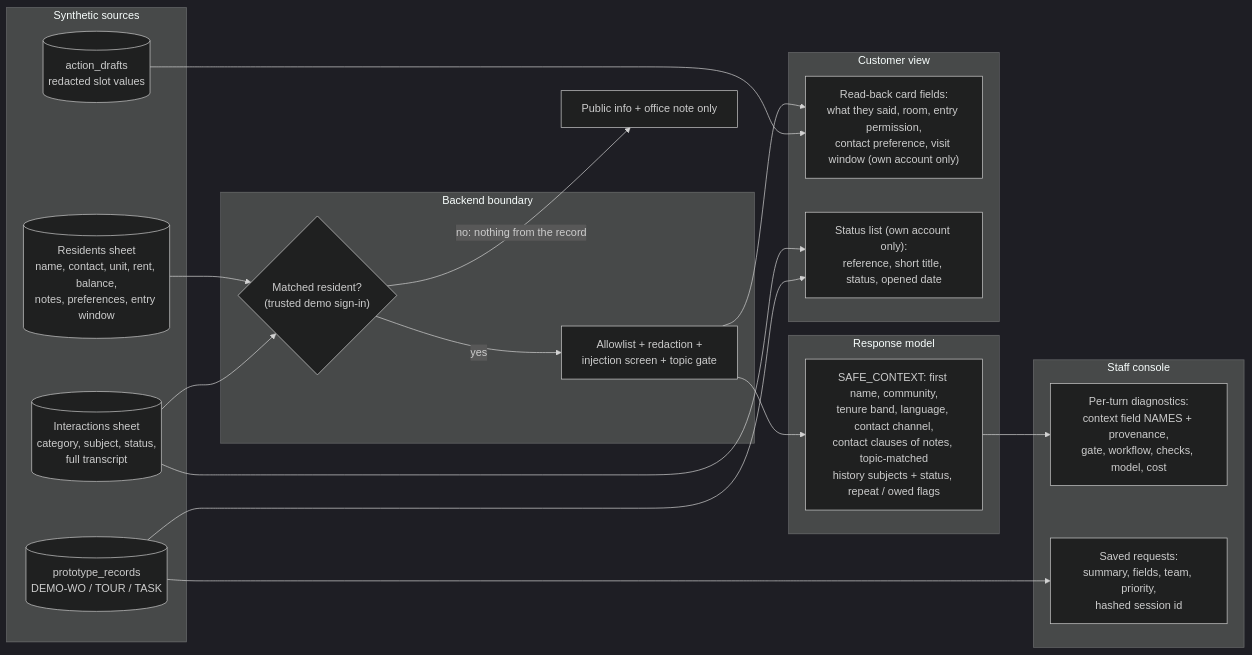
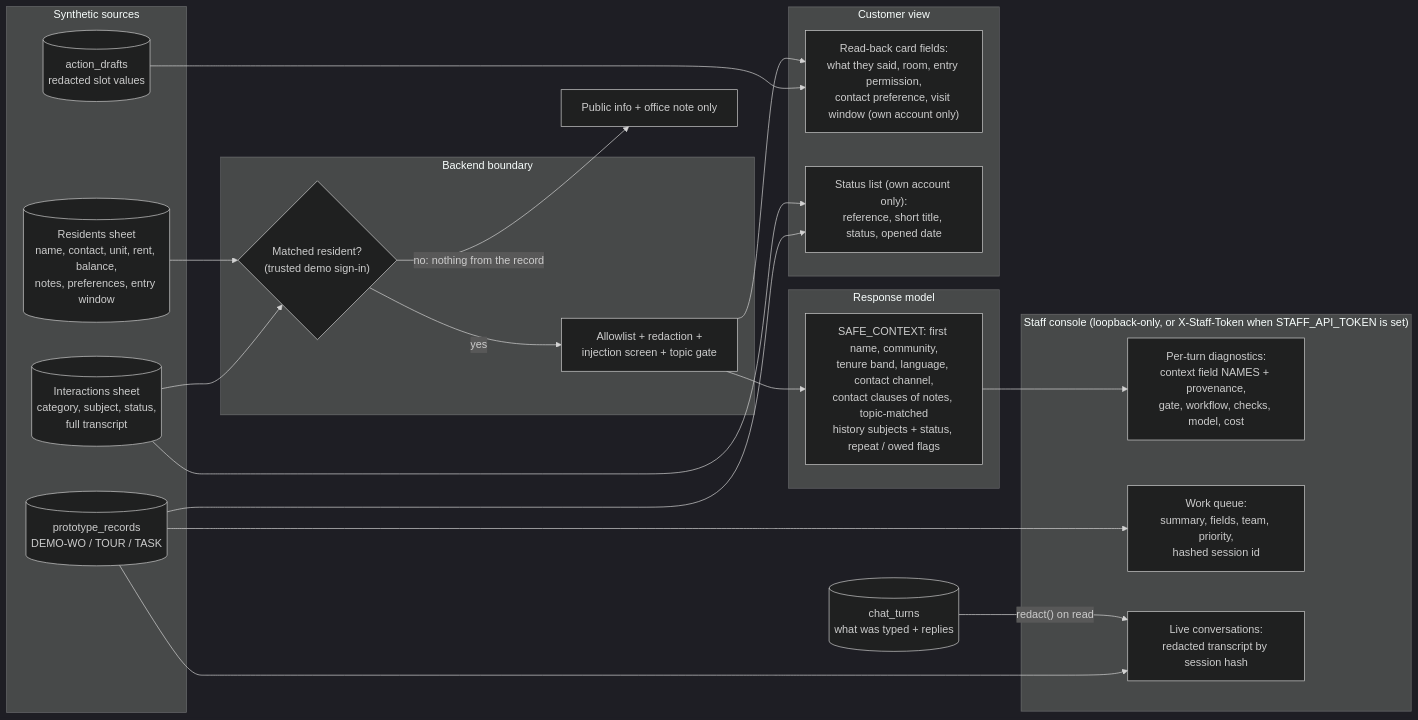
Before and after one commit to Ross-Business-Tech/McKinley-Project-1: the diagram in docs/diagrams/data-access.md, drawn with Mermaid (dark theme). The commit also changed other lines of this file and 26 other files, not shown here.

````diff
--- a/docs/diagrams/data-access.md
+++ b/docs/diagrams/data-access.md
@@ -5,40 +5,44 @@
 ```mermaid
 flowchart LR
   subgraph Source["Synthetic sources"]
     R[("Residents sheet<br/>name, contact, unit, rent, balance,<br/>notes, preferences, entry window")]
     I[("Interactions sheet<br/>category, subject, status,<br/>full transcript")]
     P[("prototype_records<br/>DEMO-WO / TOUR / TASK")]
     D[("action_drafts<br/>redacted slot values")]
   end
 
   subgraph Gate["Backend boundary"]
     ID{"Matched resident?<br/>(trusted demo sign-in)"}
     AL["Allowlist + redaction +<br/>injection screen + topic gate"]
   end
 
   subgraph Model["Response model"]
     SC["SAFE_CONTEXT: first name, community,<br/>tenure band, language, contact channel,<br/>contact clauses of notes, topic-matched<br/>history subjects + status, repeat / owed flags"]
   end
 
   subgraph Customer["Customer view"]
     CARD["Read-back card fields:<br/>what they said, room, entry permission,<br/>contact preference, visit window (own account only)"]
     STAT["Status list (own account only):<br/>reference, short title, status, opened date"]
   end
 
-  subgraph Staff["Staff console"]
+  subgraph Staff["Staff console (loopback-only, or X-Staff-Token when STAFF_API_TOKEN is set)"]
     DIAG["Per-turn diagnostics:<br/>context field NAMES + provenance,<br/>gate, workflow, checks, model, cost"]
-    RECS["Saved requests:<br/>summary, fields, team, priority,<br/>hashed session id"]
+    RECS["Work queue:<br/>summary, fields, team, priority,<br/>hashed session id"]
+    LIVE["Live conversations:<br/>redacted transcript by session hash"]
   end
+  T[("chat_turns<br/>what was typed + replies")]
 
   R --> ID
   I --> ID
   ID -- "yes" --> AL
   ID -- "no: nothing from the record" --> X["Public info + office note only"]
   AL --> SC
   AL --> CARD
   I --> STAT
   P --> STAT
   P --> RECS
   D --> CARD
   SC --> DIAG
+  T -- "redact() on read" --> LIVE
+  P --> LIVE
 ```
````
